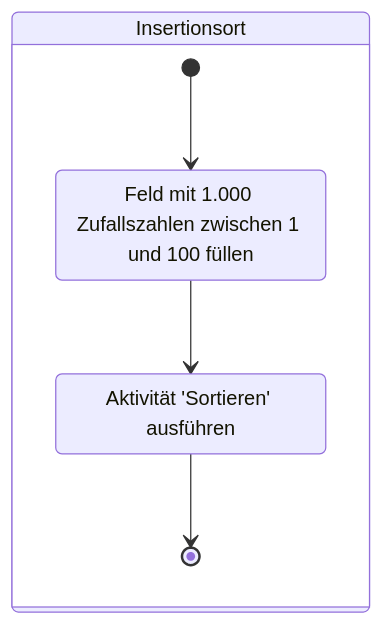
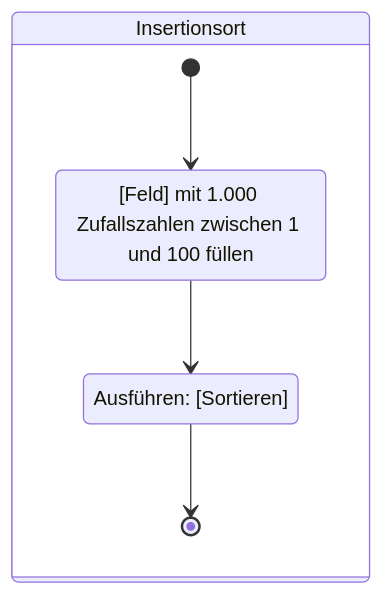
Before and after one commit to jappuccini/java-docs: the second of 4 diagrams in docs/exam-exercises/exam-exercises-java1/activity-diagrams/insertion-sort.md, drawn with Mermaid. The commit also changed other lines of this file and 5 other files, not shown here.

````diff
--- a/docs/exam-exercises/exam-exercises-java1/activity-diagrams/insertion-sort.md
+++ b/docs/exam-exercises/exam-exercises-java1/activity-diagrams/insertion-sort.md
@@ -25,11 +25,11 @@
 ```mermaid
 stateDiagram-v2
-    state "Feld mit 1.000 Zufallszahlen zwischen 1 und 100 füllen" as state1
-    state "Aktivität 'Sortieren' ausführen" as state2
+    state "[Feld] mit 1.000 Zufallszahlen zwischen 1 und 100 füllen" as state1
+    state "Ausführen: [Sortieren]" as state2
 
     state "Insertionsort" as main {
         [*] --> state1
         state1 --> state2
         state2 --> [*]
     }
 ```
````
